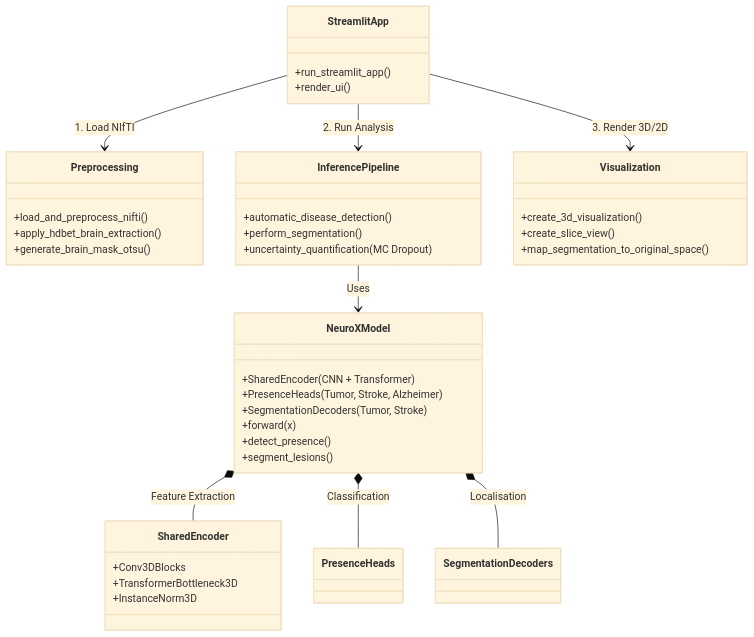
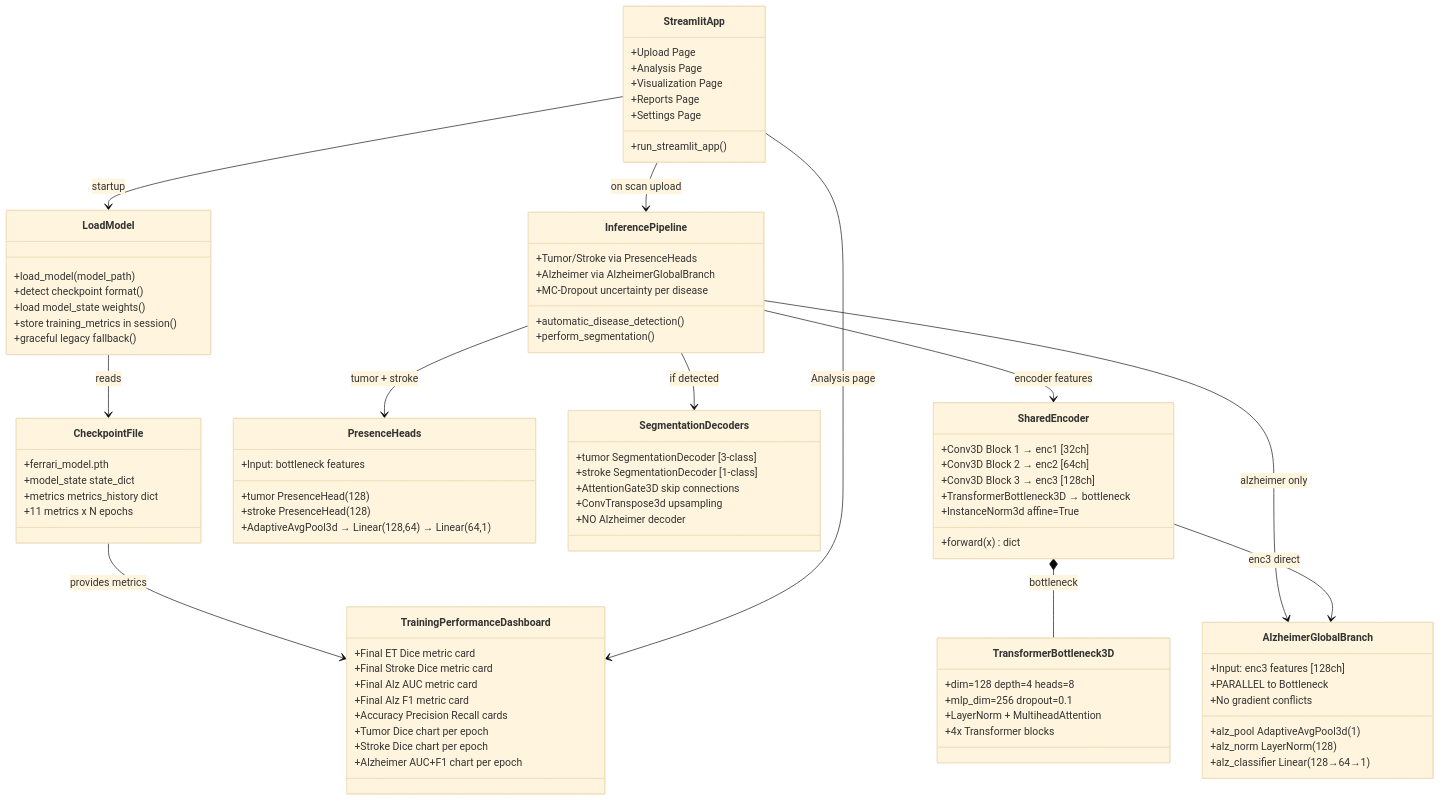
One commit to SaiKarthik547/Capstone changed the first of 2 diagrams in README.md. Above: the diagram before and after it, drawn with Mermaid (base theme). The commit also changed other lines of this file, not shown here.

First line of the commit message:
Revise README for Ferrari model architecture details

````diff
--- a/README.md
+++ b/README.md
@@ -252,50 +254,99 @@
 ```mermaid
 classDiagram
     direction TB
-    
+
     class StreamlitApp {
         +run_streamlit_app()
-        +render_ui()
+        +Upload Page
+        +Analysis Page
+        +Visualization Page
+        +Reports Page
+        +Settings Page
     }
-    
-    class Preprocessing {
-        +load_and_preprocess_nifti()
-        +apply_hdbet_brain_extraction()
-        +generate_brain_mask_otsu()
-    }
-    
-    class NeuroXModel {
-        +SharedEncoder (CNN + Transformer)
-        +PresenceHeads (Tumor, Stroke, Alzheimer)
-        +SegmentationDecoders (Tumor, Stroke)
-        +forward(x)
-        +detect_presence()
-        +segment_lesions()
+
+    class LoadModel {
+        +load_model(model_path)
+        +detect checkpoint format()
+        +load model_state weights()
+        +store training_metrics in session()
+        +graceful legacy fallback()
     }
 
     class SharedEncoder {
-        +Conv3DBlocks
-        +TransformerBottleneck3D
-        +InstanceNorm3D
+        +Conv3D Block 1 → enc1 [32ch]
+        +Conv3D Block 2 → enc2 [64ch]
+        +Conv3D Block 3 → enc3 [128ch]
+        +TransformerBottleneck3D → bottleneck
+        +InstanceNorm3d affine=True
+        +forward(x) dict
     }
-    
+
+    class TransformerBottleneck3D {
+        +dim=128 depth=4 heads=8
+        +mlp_dim=256 dropout=0.1
+        +LayerNorm + MultiheadAttention
+        +4x Transformer blocks
+    }
+
+    class PresenceHeads {
+        +tumor PresenceHead(128)
+        +stroke PresenceHead(128)
+        +Input: bottleneck features
+        +AdaptiveAvgPool3d → Linear(128,64) → Linear(64,1)
+    }
+
+    class AlzheimerGlobalBranch {
+        +Input: enc3 features [128ch]
+        +alz_pool AdaptiveAvgPool3d(1)
+        +alz_norm LayerNorm(128)
+        +alz_classifier Linear(128→64→1)
+        +PARALLEL to Bottleneck
+        +No gradient conflicts
+    }
+
+    class SegmentationDecoders {
+        +tumor SegmentationDecoder [3-class]
+        +stroke SegmentationDecoder [1-class]
+        +AttentionGate3D skip connections
+        +ConvTranspose3d upsampling
+        +NO Alzheimer decoder
+    }
+
     class InferencePipeline {
         +automatic_disease_detection()
+        +Tumor/Stroke via PresenceHeads
+        +Alzheimer via AlzheimerGlobalBranch
+        +MC-Dropout uncertainty per disease
         +perform_segmentation()
-        +uncertainty_quantification(MC Dropout)
     }
 
-    class Visualization {
-        +create_3d_visualization()
-        +create_slice_view()
-        +map_segmentation_to_original_space()
+    class CheckpointFile {
+        +ferrari_model.pth
+        +model_state state_dict
+        +metrics metrics_history dict
+        +11 metrics x N epochs
     }
-    
-    StreamlitApp --> Preprocessing : 1. Load NIfTI
-    StreamlitApp --> InferencePipeline : 2. Run Analysis
-    InferencePipeline --> NeuroXModel : Uses
-    NeuroXModel *-- SharedEncoder : Feature Extraction
-    NeuroXModel *-- PresenceHeads : Classification
-    NeuroXModel *-- SegmentationDecoders : Localisation
-    StreamlitApp --> Visualization : 3. Render 3D/2D
+
+    class TrainingPerformanceDashboard {
+        +Final ET Dice metric card
+        +Final Stroke Dice metric card
+        +Final Alz AUC metric card
+        +Final Alz F1 metric card
+        +Accuracy Precision Recall cards
+        +Tumor Dice chart per epoch
+        +Stroke Dice chart per epoch
+        +Alzheimer AUC+F1 chart per epoch
+    }
+
+    StreamlitApp --> LoadModel : startup
+    LoadModel --> CheckpointFile : reads
+    CheckpointFile --> TrainingPerformanceDashboard : provides metrics
+    StreamlitApp --> InferencePipeline : on scan upload
+    InferencePipeline --> SharedEncoder : encoder features
+    SharedEncoder *-- TransformerBottleneck3D : bottleneck
+    InferencePipeline --> PresenceHeads : tumor + stroke
+    InferencePipeline --> AlzheimerGlobalBranch : alzheimer only
+    SharedEncoder --> AlzheimerGlobalBranch : enc3 direct
+    InferencePipeline --> SegmentationDecoders : if detected
+    StreamlitApp --> TrainingPerformanceDashboard : Analysis page
 ```
````
